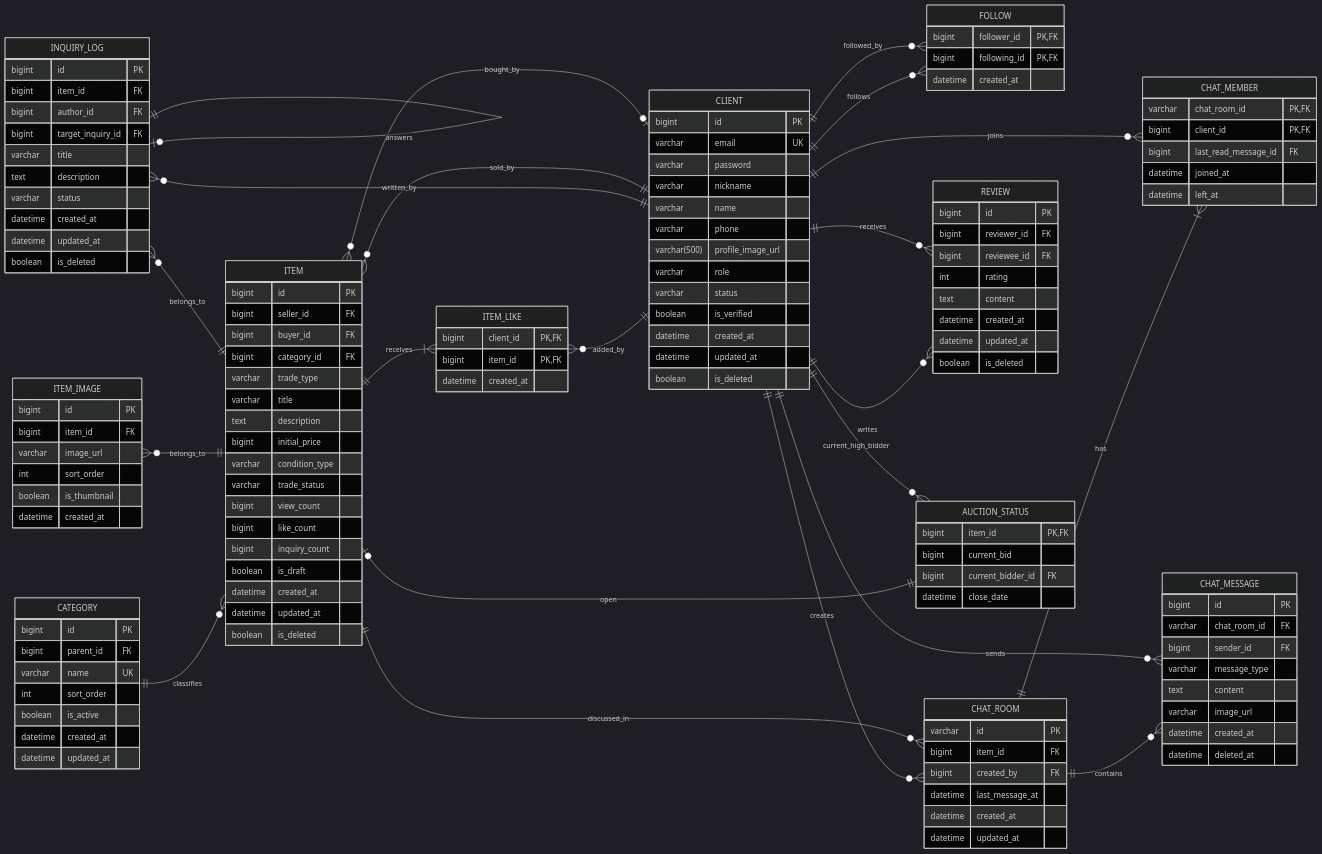
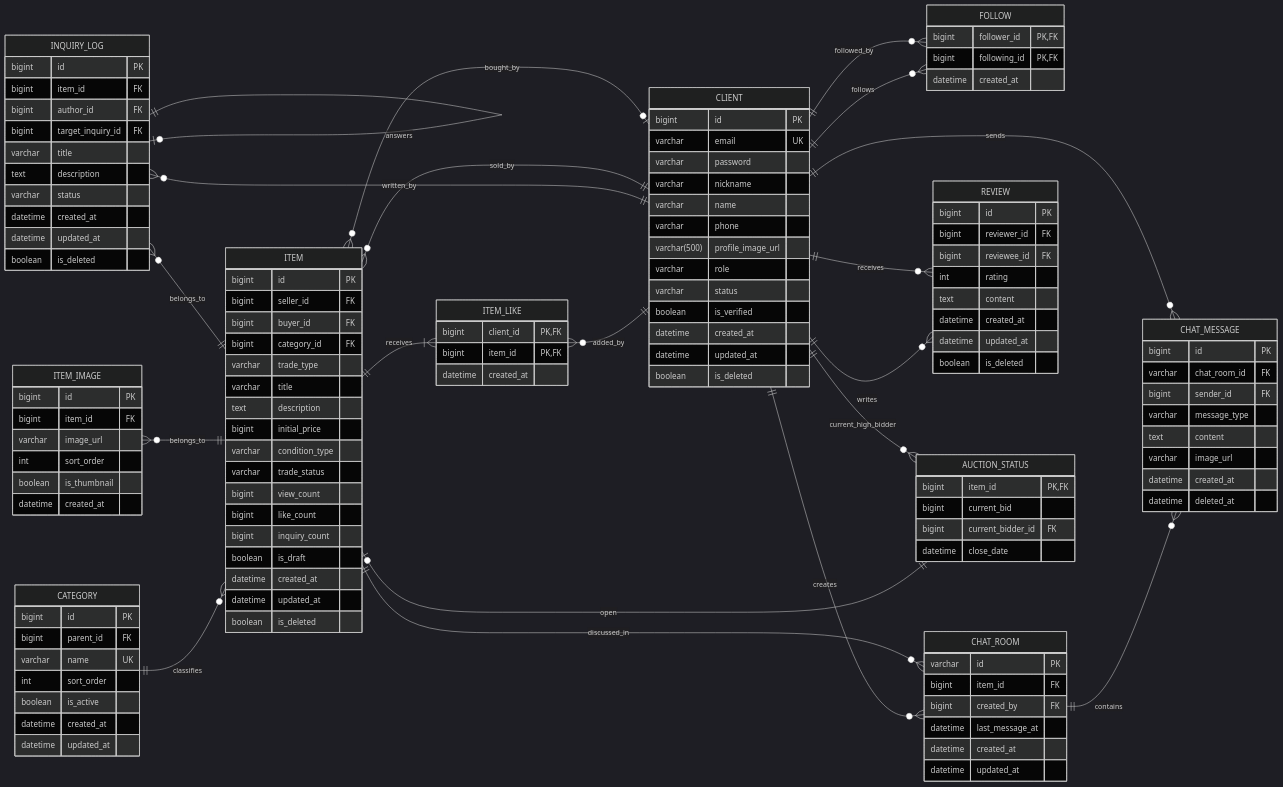
The diagram in docs/ERD.md (pcb2002/Cabbage-Market-10), drawn with Mermaid (dark theme) before and after one commit.

Commit message:
docs: remove chat_member and its relationships

```diff
--- a/docs/ERD.md
+++ b/docs/ERD.md
@@ -20,8 +20,6 @@
 
     client ||--o{ chatRoom : creates
     item ||--o{ chatRoom : discussed_in
-    chatRoom ||--|{ chatMember : has
-    client ||--o{ chatMember : joins
     chatRoom ||--o{ chatMessage : contains
     client ||--o{ chatMessage : sends
 
@@ -122,14 +120,6 @@
         datetime updated_at
     }
 
-    chatMember["CHAT_MEMBER"] {
-        varchar chat_room_id PK, FK
-        bigint client_id PK, FK
-        bigint last_read_message_id FK
-        datetime joined_at
-        datetime left_at
-    }
-
     chatMessage["CHAT_MESSAGE"] {
         bigint id PK
         varchar chat_room_id FK
```
